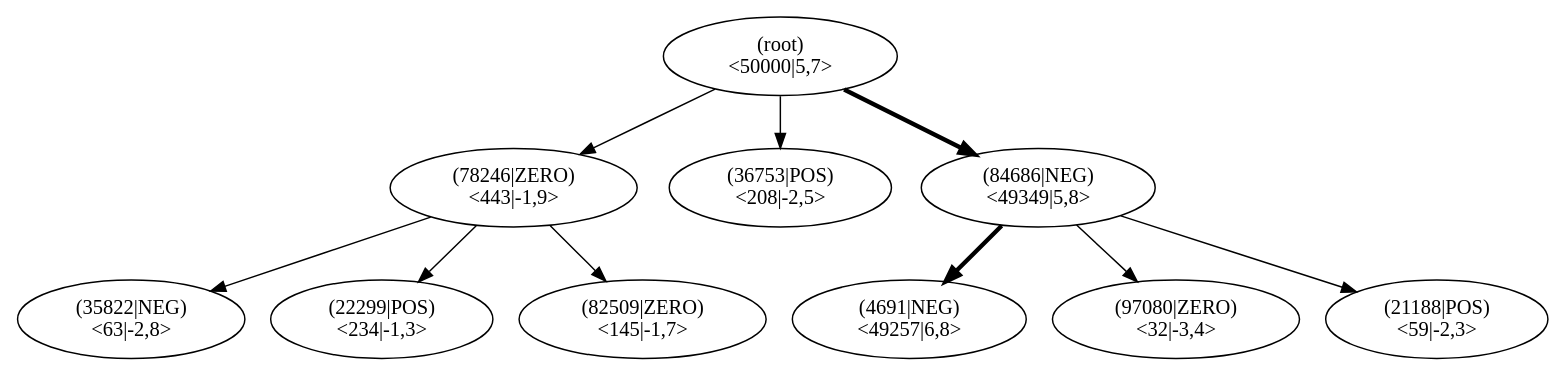
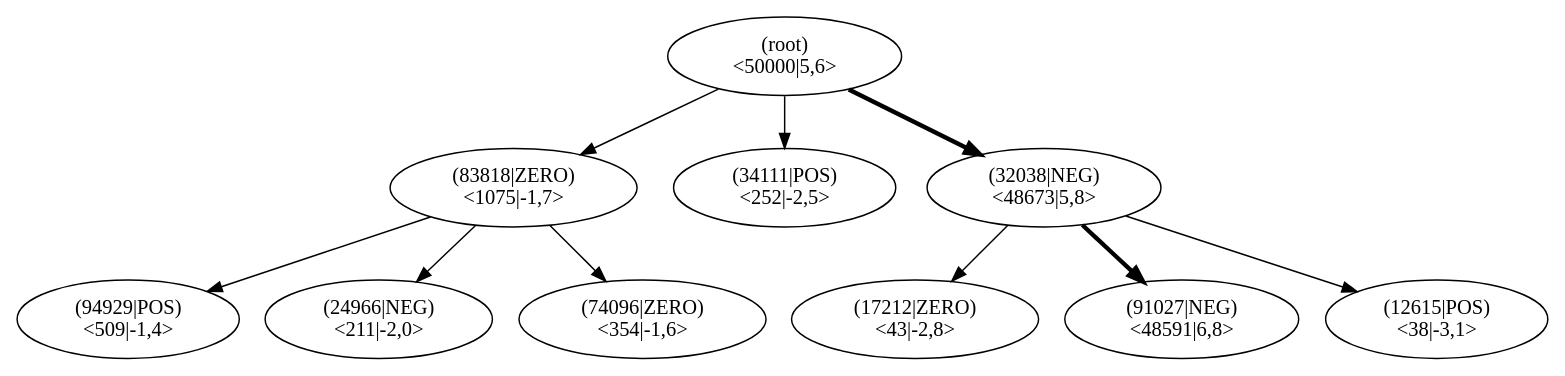
One commit to JonasHellgren/relexp-java changed the diagram in pictures/ch13/lane_test_mcts.dot. Above: the diagram before and after it, drawn with Graphviz. The commit also changed 37 other files, not shown here.

```diff
--- a/pictures/ch13/lane_test_mcts.dot
+++ b/pictures/ch13/lane_test_mcts.dot
@@ -1,32 +1,32 @@
 digraph MCTS {
 node [shape=ellipse];
 Nroot [label="(root)
-<50000|5,7>"];
-Nroot -> N78246[penwidth=1];
-N78246 [label="(78246|ZERO)
-<443|-1,9>"];
-N78246 -> N35822[penwidth=1];
-N35822 [label="(35822|NEG)
-<63|-2,8>"];
-N78246 -> N22299[penwidth=1];
-N22299 [label="(22299|POS)
-<234|-1,3>"];
-N78246 -> N82509[penwidth=1];
-N82509 [label="(82509|ZERO)
-<145|-1,7>"];
-Nroot -> N36753[penwidth=1];
-N36753 [label="(36753|POS)
-<208|-2,5>"];
-Nroot -> N84686[penwidth=3];
-N84686 [label="(84686|NEG)
-<49349|5,8>"];
-N84686 -> N4691[penwidth=3];
-N4691 [label="(4691|NEG)
-<49257|6,8>"];
-N84686 -> N97080[penwidth=1];
-N97080 [label="(97080|ZERO)
-<32|-3,4>"];
-N84686 -> N21188[penwidth=1];
-N21188 [label="(21188|POS)
-<59|-2,3>"];
+<50000|5,6>"];
+Nroot -> N83818[penwidth=1];
+N83818 [label="(83818|ZERO)
+<1075|-1,7>"];
+N83818 -> N94929[penwidth=1];
+N94929 [label="(94929|POS)
+<509|-1,4>"];
+N83818 -> N24966[penwidth=1];
+N24966 [label="(24966|NEG)
+<211|-2,0>"];
+N83818 -> N74096[penwidth=1];
+N74096 [label="(74096|ZERO)
+<354|-1,6>"];
+Nroot -> N34111[penwidth=1];
+N34111 [label="(34111|POS)
+<252|-2,5>"];
+Nroot -> N32038[penwidth=3];
+N32038 [label="(32038|NEG)
+<48673|5,8>"];
+N32038 -> N17212[penwidth=1];
+N17212 [label="(17212|ZERO)
+<43|-2,8>"];
+N32038 -> N91027[penwidth=3];
+N91027 [label="(91027|NEG)
+<48591|6,8>"];
+N32038 -> N12615[penwidth=1];
+N12615 [label="(12615|POS)
+<38|-3,1>"];
 }
```
